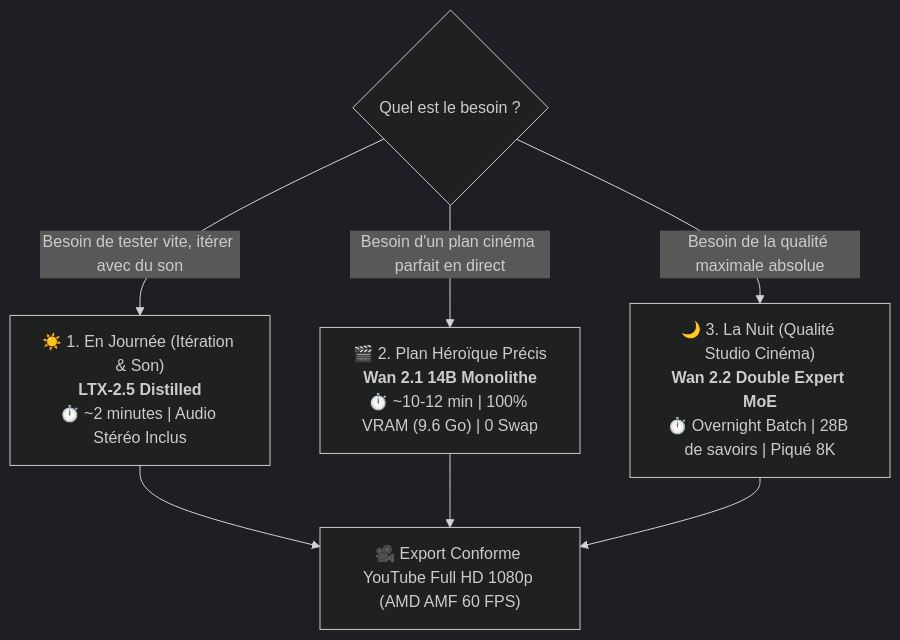
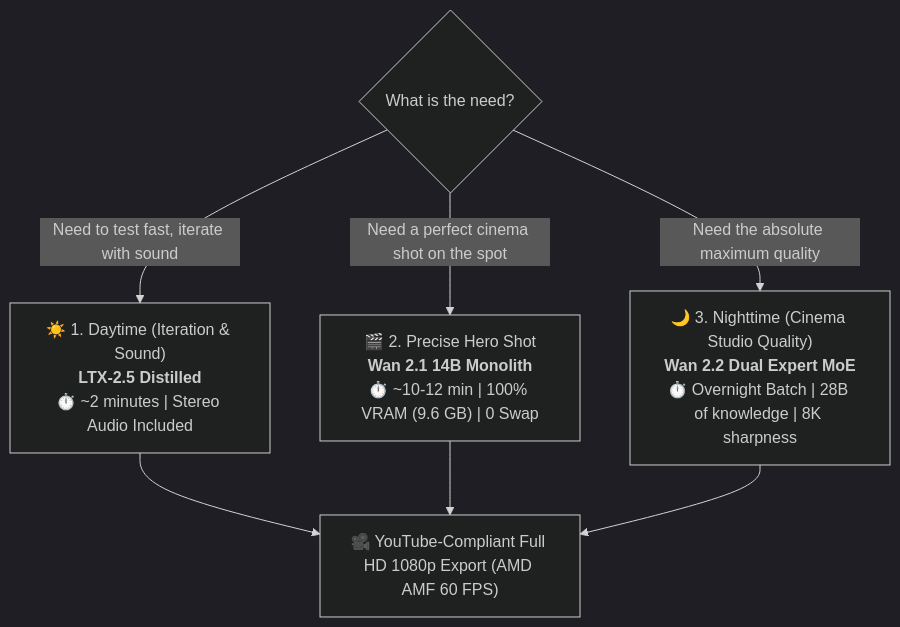
Before and after one commit to laurentvv/generator-assets: the diagram in docs/comparatif_modeles_video_ai.md, drawn with Mermaid (dark theme). The commit also changed other lines of this file and 5 other files, not shown here.

````diff
--- a/docs/comparatif_modeles_video_ai.md
+++ b/docs/comparatif_modeles_video_ai.md
@@ -12,12 +12,12 @@
 ```mermaid
 flowchart TD
-    Mode{Quel est le besoin ?}
+    Mode{What is the need?}
     
-    Mode -->|Besoin de tester vite, itérer avec du son| Jour["☀️ 1. En Journée (Itération & Son)<br><b>LTX-2.5 Distilled</b><br>⏱️ ~2 minutes | Audio Stéréo Inclus"]
-    Mode -->|Besoin d'un plan cinéma parfait en direct| Heroic["🎬 2. Plan Héroïque Précis<br><b>Wan 2.1 14B Monolithe</b><br>⏱️ ~10-12 min | 100% VRAM (9.6 Go) | 0 Swap"]
-    Mode -->|Besoin de la qualité maximale absolue| Nuit["🌙 3. La Nuit (Qualité Studio Cinéma)<br><b>Wan 2.2 Double Expert MoE</b><br>⏱️ Overnight Batch | 28B de savoirs | Piqué 8K"]
+    Mode -->|Need to test fast, iterate with sound| Jour["☀️ 1. Daytime (Iteration & Sound)<br><b>LTX-2.5 Distilled</b><br>⏱️ ~2 minutes | Stereo Audio Included"]
+    Mode -->|Need a perfect cinema shot on the spot| Heroic["🎬 2. Precise Hero Shot<br><b>Wan 2.1 14B Monolith</b><br>⏱️ ~10-12 min | 100% VRAM (9.6 GB) | 0 Swap"]
+    Mode -->|Need the absolute maximum quality| Nuit["🌙 3. Nighttime (Cinema Studio Quality)<br><b>Wan 2.2 Dual Expert MoE</b><br>⏱️ Overnight Batch | 28B of knowledge | 8K sharpness"]
     
-    Jour --> Output["🎥 Export Conforme YouTube Full HD 1080p (AMD AMF 60 FPS)"]
+    Jour --> Output["🎥 YouTube-Compliant Full HD 1080p Export (AMD AMF 60 FPS)"]
     Heroic --> Output
     Nuit --> Output
 ```
````
